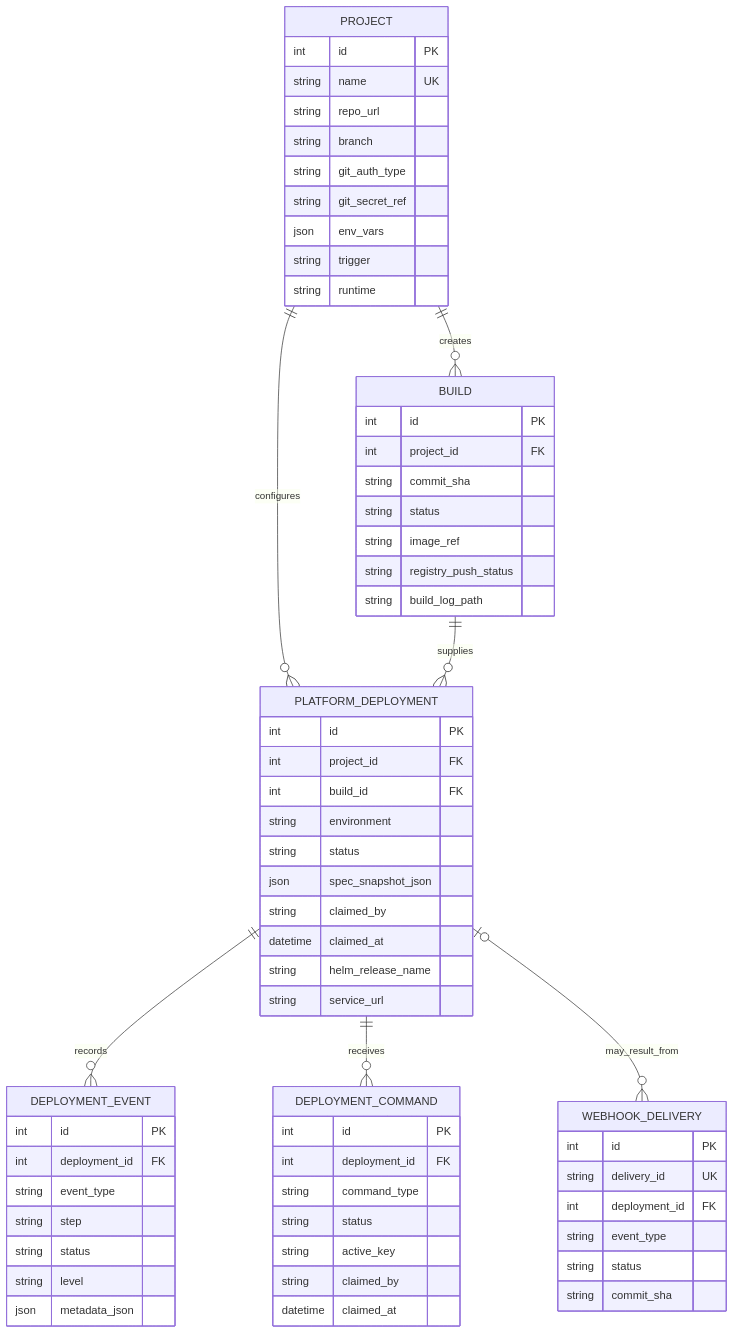
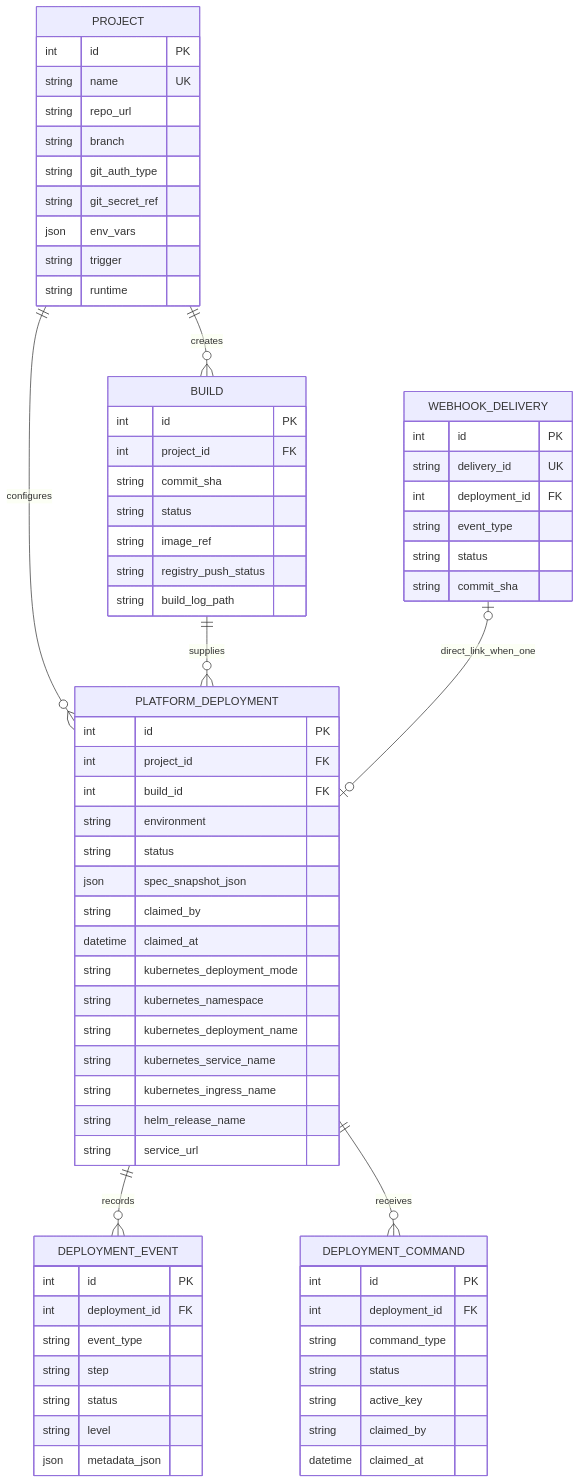
The first of 2 diagrams in docs/data-model.md (adelaspc/autodeploy-platform), drawn with Mermaid before and after one commit. The commit also changed other lines of this file and 116 other files, not shown here.

````diff
--- a/docs/data-model.md
+++ b/docs/data-model.md
@@ -7,73 +7,78 @@
 ```mermaid
 erDiagram
     PROJECT ||--o{ BUILD : creates
     PROJECT ||--o{ PLATFORM_DEPLOYMENT : configures
     BUILD ||--o{ PLATFORM_DEPLOYMENT : supplies
     PLATFORM_DEPLOYMENT ||--o{ DEPLOYMENT_EVENT : records
     PLATFORM_DEPLOYMENT ||--o{ DEPLOYMENT_COMMAND : receives
-    PLATFORM_DEPLOYMENT o|--o{ WEBHOOK_DELIVERY : may_result_from
+    WEBHOOK_DELIVERY o|--o| PLATFORM_DEPLOYMENT : direct_link_when_one
 
     PROJECT {
         int id PK
         string name UK
         string repo_url
         string branch
         string git_auth_type
         string git_secret_ref
         json env_vars
         string trigger
         string runtime
     }
 
     BUILD {
         int id PK
         int project_id FK
         string commit_sha
         string status
         string image_ref
         string registry_push_status
         string build_log_path
     }
 
     PLATFORM_DEPLOYMENT {
         int id PK
         int project_id FK
         int build_id FK
         string environment
         string status
         json spec_snapshot_json
         string claimed_by
         datetime claimed_at
+        string kubernetes_deployment_mode
+        string kubernetes_namespace
+        string kubernetes_deployment_name
+        string kubernetes_service_name
+        string kubernetes_ingress_name
         string helm_release_name
         string service_url
     }
 
     DEPLOYMENT_EVENT {
         int id PK
         int deployment_id FK
         string event_type
         string step
         string status
         string level
         json metadata_json
     }
 
     DEPLOYMENT_COMMAND {
         int id PK
         int deployment_id FK
         string command_type
         string status
         string active_key
         string claimed_by
         datetime claimed_at
     }
 
     WEBHOOK_DELIVERY {
         int id PK
         string delivery_id UK
         int deployment_id FK
         string event_type
         string status
         string commit_sha
     }
 ```
````
